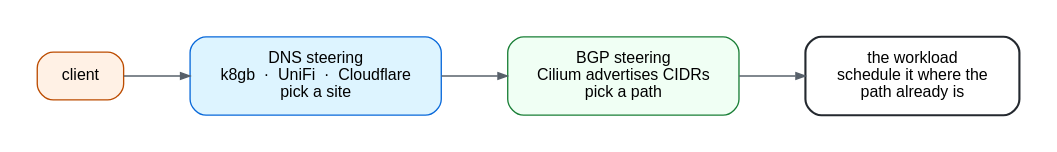
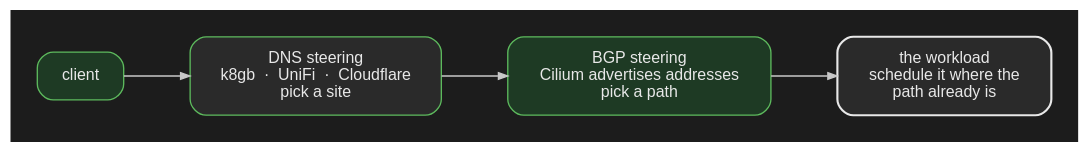
The diagram in content/post/self-hosting-an-ai-cdn/steering.dot (rajsinghtech/portfolio), drawn with Graphviz before and after one commit. The commit also changed 29 other files, not shown here.

First line of the commit message:
Dark-mode diagrams, city map cover, plus CNPG and Kopiur

```diff
--- a/content/post/self-hosting-an-ai-cdn/steering.dot
+++ b/content/post/self-hosting-an-ai-cdn/steering.dot
@@ -1,28 +1,28 @@
 digraph steering {
   graph [
-    rankdir=LR, splines=spline, bgcolor="#ffffff",
-    fontname="Helvetica", fontsize=12, pad=0.28, nodesep=0.45, ranksep=0.7
+    rankdir=LR, splines=spline, bgcolor="#1c1c1c",
+    fontname="Helvetica", fontsize=12, pad=0.28, nodesep=0.45, ranksep=0.7,
+    fontcolor="#e8e8e8"
   ];
   node [fontname="Helvetica", fontsize=12, shape=box, style="filled,rounded",
-        fillcolor="#ffffff", color="#8c959f", margin="0.22,0.14"];
-  edge [fontname="Helvetica", fontsize=10, color="#57606a", arrowsize=0.7];
+        fillcolor="#2a2a2a", color="#5dba5d", fontcolor="#e8e8e8", margin="0.22,0.14"];
+  edge [fontname="Helvetica", fontsize=10, color="#c8c8c8", fontcolor="#b8b8b8", arrowsize=0.7];
 
-  client [label="client", fillcolor="#fff1e5", color="#bc4c00"];
+  client [label="client", fillcolor="#1e3a24", color="#5dba5d"];
 
   dns [
-    label="DNS steering\nk8gb  ·  UniFi  ·  Cloudflare\npick a site",
-    fillcolor="#ddf4ff", color="#0969da"
+    label="DNS steering\nk8gb  ·  UniFi  ·  Cloudflare\npick a site"
   ];
   bgp [
-    label="BGP steering\nCilium advertises CIDRs\npick a path",
-    fillcolor="#f0fff4", color="#1a7f37"
+    label="BGP steering\nCilium advertises addresses\npick a path",
+    fillcolor="#1e3a24", color="#5dba5d"
   ];
   work [
     label="the workload\nschedule it where the\npath already is",
-    fillcolor="#ffffff", color="#24292f", penwidth=1.6
+    color="#e8e8e8", penwidth=1.6
   ];
 
   client -> dns;
   dns -> bgp;
   bgp -> work;
 }
```
